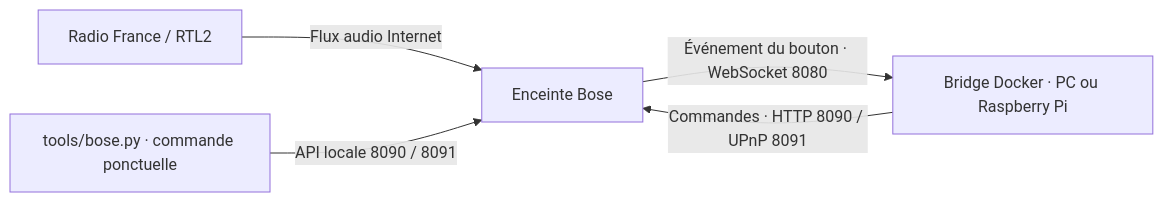
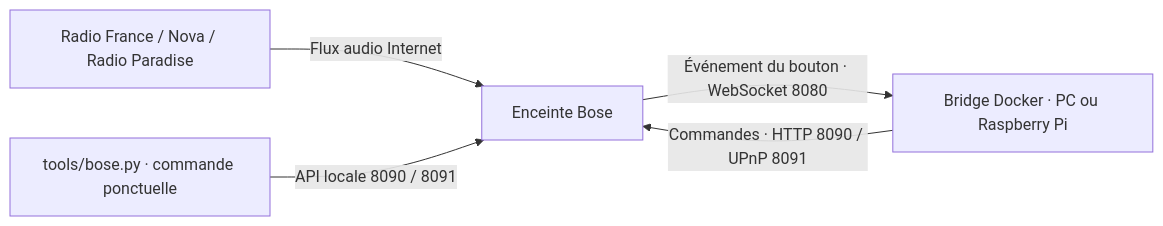
The diagram in README.md (orel33/bose), drawn with Mermaid before and after one commit. The commit also changed other lines of this file and 3 other files, not shown here.

````diff
--- a/README.md
+++ b/README.md
@@ -28,7 +30,7 @@
 ```mermaid
 flowchart LR
     B[Enceinte Bose] -->|Événement du bouton · WebSocket 8080| P[Bridge Docker · PC ou Raspberry Pi]
     P -->|Commandes · HTTP 8090 / UPnP 8091| B
-    R[Radio France / RTL2] -->|Flux audio Internet| B
+    R[Radio France / Nova / Radio Paradise] -->|Flux audio Internet| B
     T[tools/bose.py · commande ponctuelle] -->|API locale 8090 / 8091| B
 ```
````
